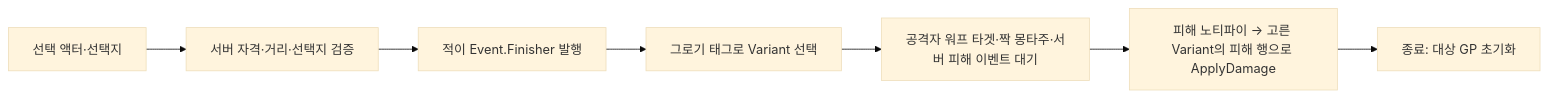
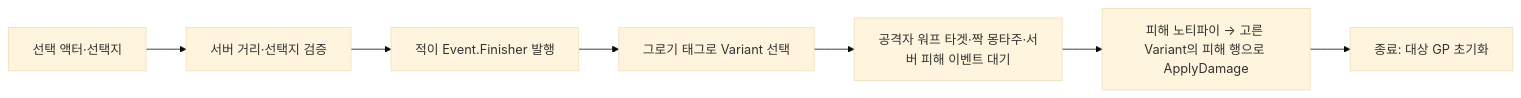
One commit to Woogl/ProjectWx changed the diagram in .wiki/wiki/concepts/combat-finisher.md. Above: the diagram before and after it, drawn with Mermaid (base theme). The commit also changed other lines of this file and 23 other files, not shown here.

````diff
--- a/.wiki/wiki/concepts/combat-finisher.md
+++ b/.wiki/wiki/concepts/combat-finisher.md
@@ -25,9 +26,9 @@
 ```mermaid
 flowchart LR
-  A["선택 액터·선택지"] --> B["서버 자격·거리·선택지 검증"]
+  A["선택 액터·선택지"] --> B["서버 거리·선택지 검증"]
   B --> C["적이 Event.Finisher 발행"]
   C --> D["그로기 태그로 Variant 선택"]
   D --> E["공격자 워프 타겟·짝 몽타주·서버 피해 이벤트 대기"]
   E --> F["피해 노티파이 → 고른 Variant의 피해 행으로 ApplyDamage"]
   F --> G["종료: 대상 GP 초기화"]
 ```
````
